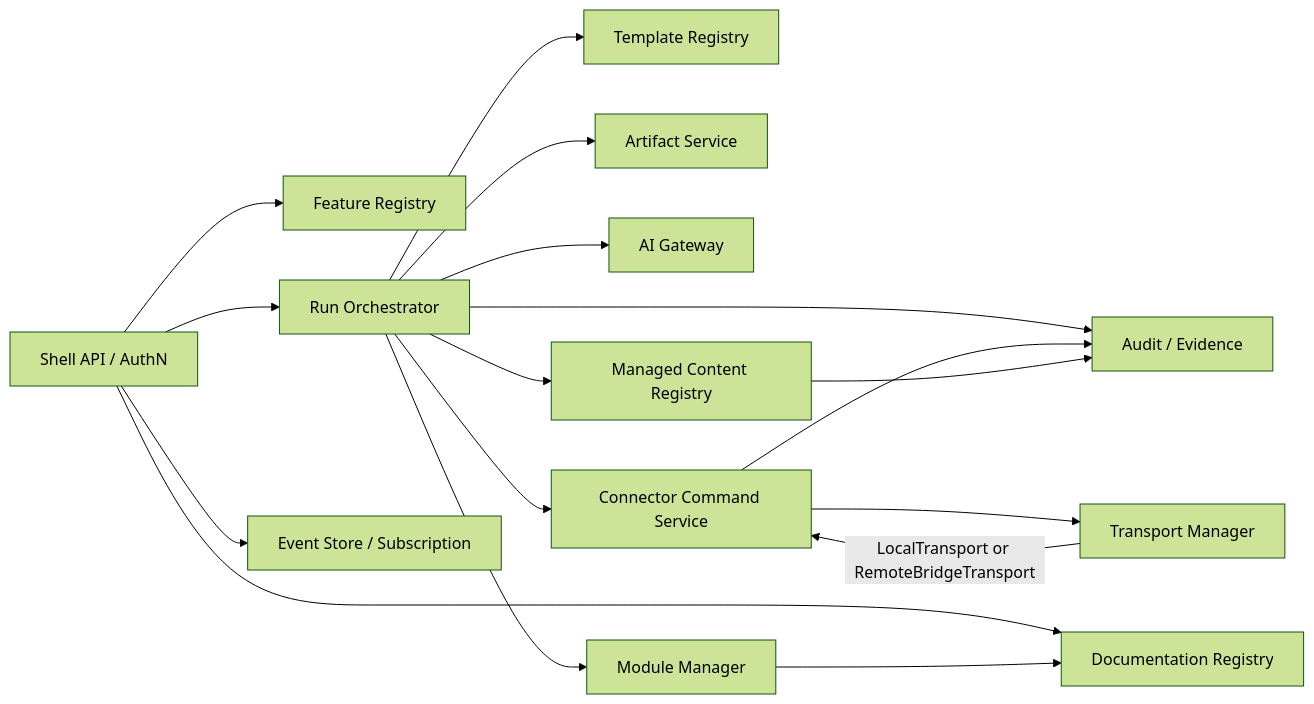
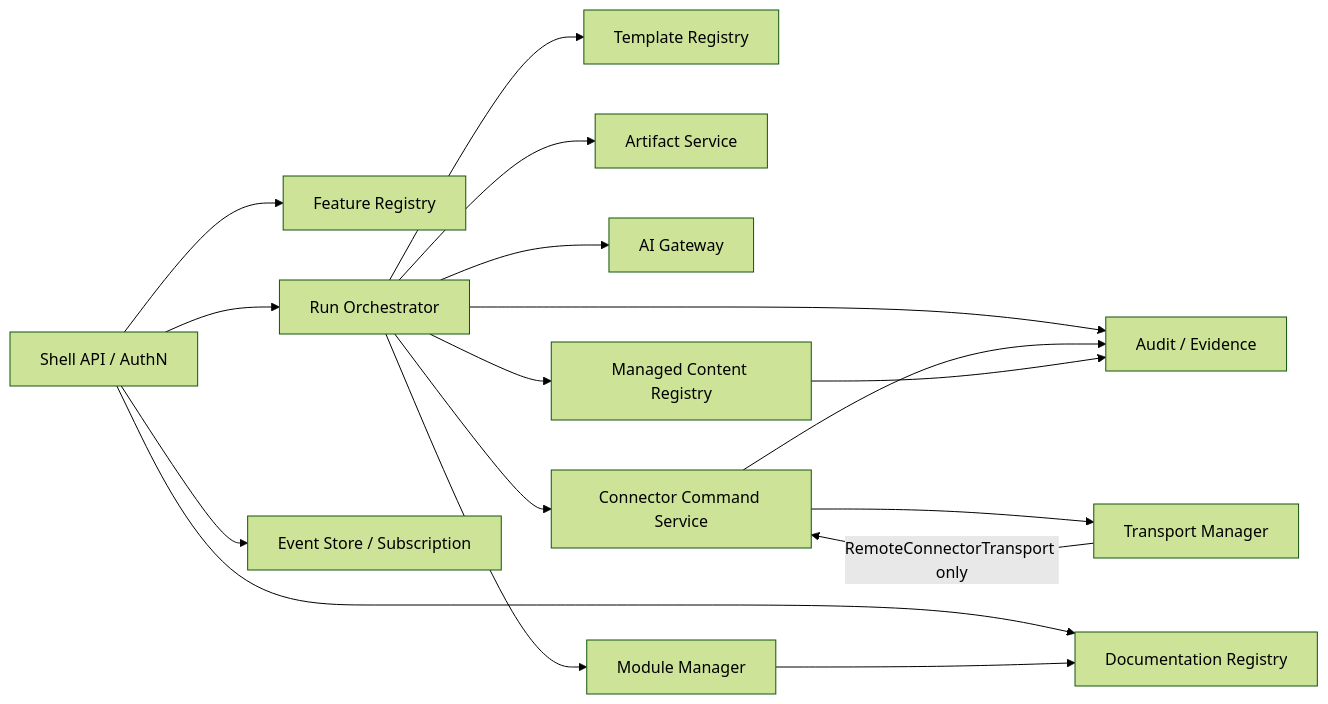
Before and after one commit to coAtlus0916/omnia-agent-v2: the third of 7 diagrams in docs/architecture/SYSTEM_ARCHITECTURE.md, drawn with Mermaid (forest theme). The commit also changed other lines of this file and 101 other files, not shown here.

Commit message:
feat: make Omnia Agent v5 Remote-only

````diff
--- a/docs/architecture/SYSTEM_ARCHITECTURE.md
+++ b/docs/architecture/SYSTEM_ARCHITECTURE.md
@@ -107,33 +109,33 @@
 ```mermaid
 flowchart LR
     API["Shell API / AuthN"]
     REG["Feature Registry"]
     ORCH["Run Orchestrator"]
     EVT["Event Store / Subscription"]
     TM["Template Registry"]
     ART["Artifact Service"]
     AI["AI Gateway"]
     CMD["Connector Command Service"]
     TMODE["Transport Manager"]
     MOD["Module Manager"]
     DOC["Documentation Registry"]
     MCR["Managed Content Registry"]
     AUD["Audit / Evidence"]
 
     API --> REG
     API --> DOC
     API --> ORCH
     API --> EVT
     ORCH --> MOD
     MOD --> DOC
     ORCH --> MCR
     ORCH --> TM
     ORCH --> ART
     ORCH --> AI
     ORCH --> CMD
     CMD --> TMODE
-    TMODE -->|"LocalTransport or RemoteBridgeTransport"| CMD
+    TMODE -->|"RemoteConnectorTransport only"| CMD
     ORCH --> AUD
     CMD --> AUD
     MCR --> AUD
 ```
````
